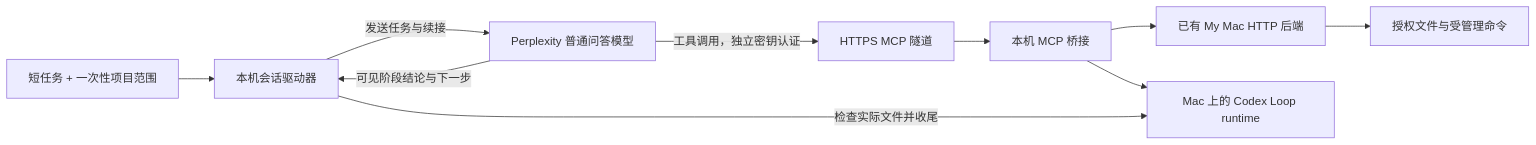
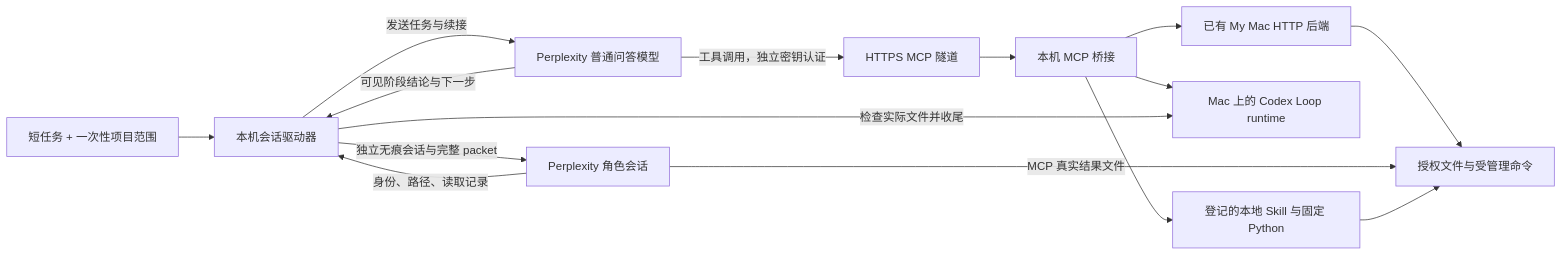
One commit to yihan-hu/codex-loop changed the diagram in references/perplexity-mcp-tutorial.md. Above: the diagram before and after it, drawn with Mermaid. The commit also changed other lines of this file and 16 other files, not shown here.

Commit message:
Add Perplexity local Skill host with isolated native actors

````diff
--- a/references/perplexity-mcp-tutorial.md
+++ b/references/perplexity-mcp-tutorial.md
@@ -36,12 +42,17 @@
 ```mermaid
 flowchart LR
   TASK[短任务 + 一次性项目范围] --> LOCAL[本机会话驱动器]
   LOCAL -->|发送任务与续接| Q[Perplexity 普通问答模型]
   Q -->|工具调用，独立密钥认证| HTTPS[HTTPS MCP 隧道]
   HTTPS --> BRIDGE[本机 MCP 桥接]
   BRIDGE --> MAC[已有 My Mac HTTP 后端]
   BRIDGE --> LOOP[Mac 上的 Codex Loop runtime]
   MAC --> FILES[授权文件与受管理命令]
+  LOCAL -->|独立无痕会话与完整 packet| ACTOR[Perplexity 角色会话]
+  ACTOR -->|MCP 真实结果文件| FILES
+  ACTOR -->|身份、路径、读取记录| LOCAL
+  BRIDGE --> SKILL[登记的本地 Skill 与固定 Python]
+  SKILL --> FILES
   Q -->|可见阶段结论与下一步| LOCAL
   LOCAL -->|检查实际文件并收尾| LOOP
 ```
````
